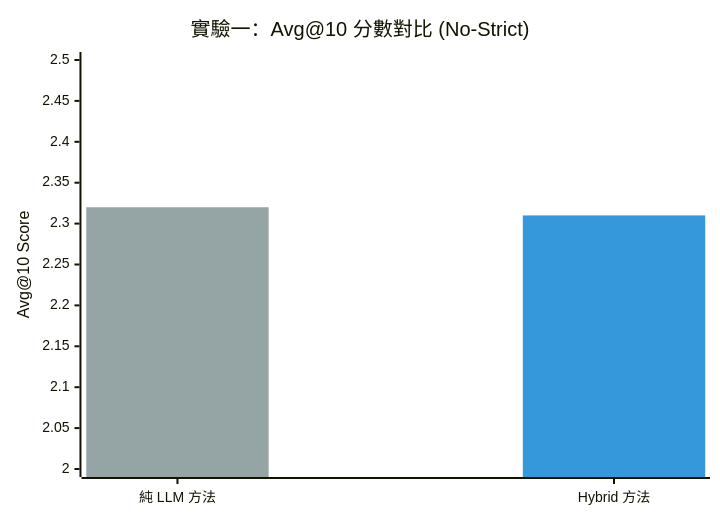
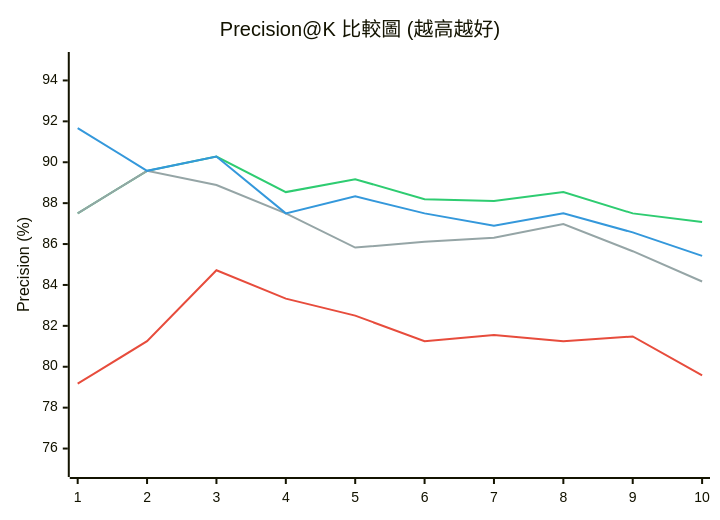
The third of 13 diagrams in docs/report.md (wangicheng/hybrid-reasoner), drawn with Mermaid before and after one commit. The commit also changed other lines of this file and 21 other files, not shown here.

````diff
--- a/docs/report.md
+++ b/docs/report.md
@@ -192,9 +200,11 @@
 ```mermaid
-%%{init: { 'themeVariables': { 'xyChart': { 'plotColorPalette': '#95A5A6, #3498DB' } } } }%%
+%%{init: { 'themeVariables': { 'xyChart': { 'plotColorPalette': '#E74C3C, #2ECC71, #95A5A6, #3498DB' } } } }%%
 xychart-beta
-    title "實驗一：Avg@10 分數對比 (No-Strict)"
-    x-axis ["純 LLM 方法", "Hybrid 方法"]
-    y-axis "Avg@10 Score" 2.0 --> 2.5
-    bar [2.32, 0]
-    bar [0, 2.31]
+    title "Precision@K 比較圖 (越高越好)"
+    x-axis [1, 2, 3, 4, 5, 6, 7, 8, 9, 10]
+    y-axis "Precision (%)" 75 --> 95
+    line [79.17, 81.25, 84.72, 83.33, 82.50, 81.25, 81.55, 81.25, 81.48, 79.58]
+    line [87.50, 89.58, 90.28, 88.54, 89.17, 88.19, 88.10, 88.54, 87.50, 87.08]
+    line [87.50, 89.58, 88.89, 87.50, 85.83, 86.11, 86.31, 86.98, 85.65, 84.17]
+    line [91.67, 89.58, 90.28, 87.50, 88.33, 87.50, 86.90, 87.50, 86.57, 85.42]
 ```
````
